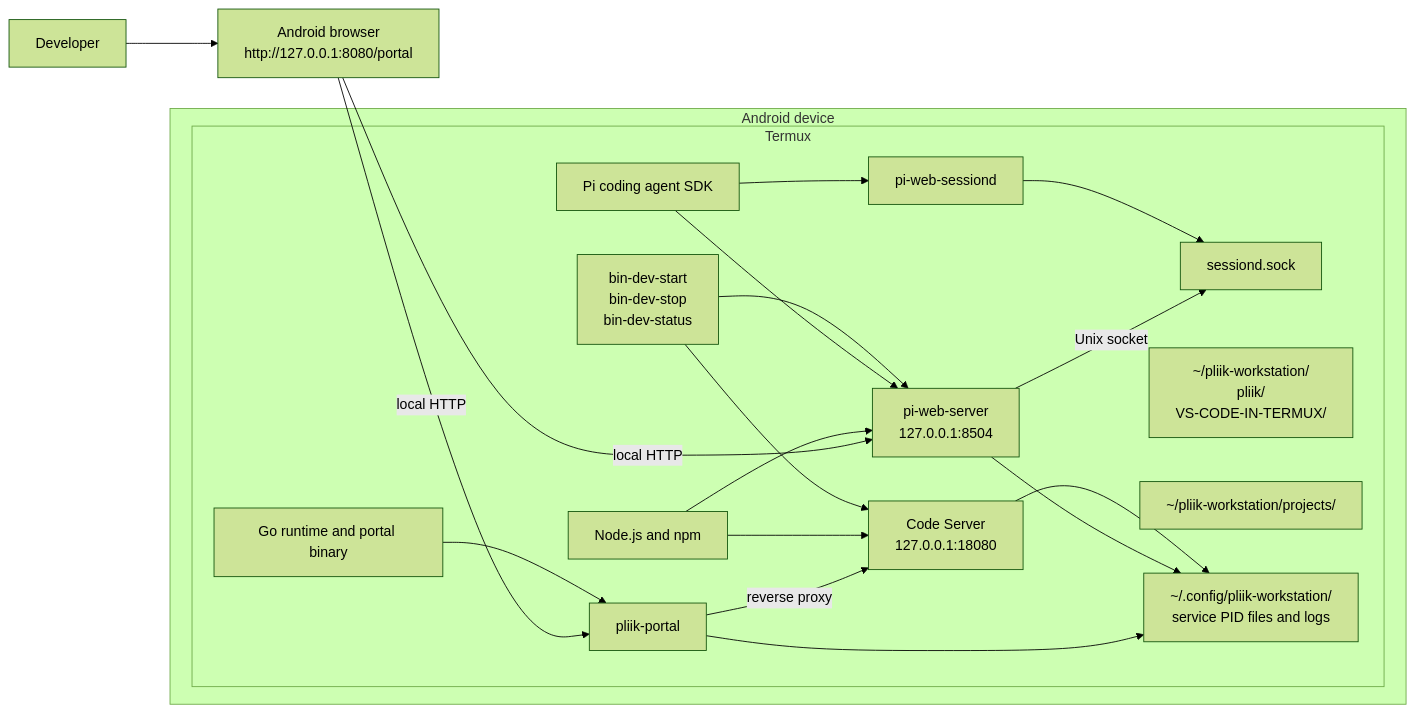
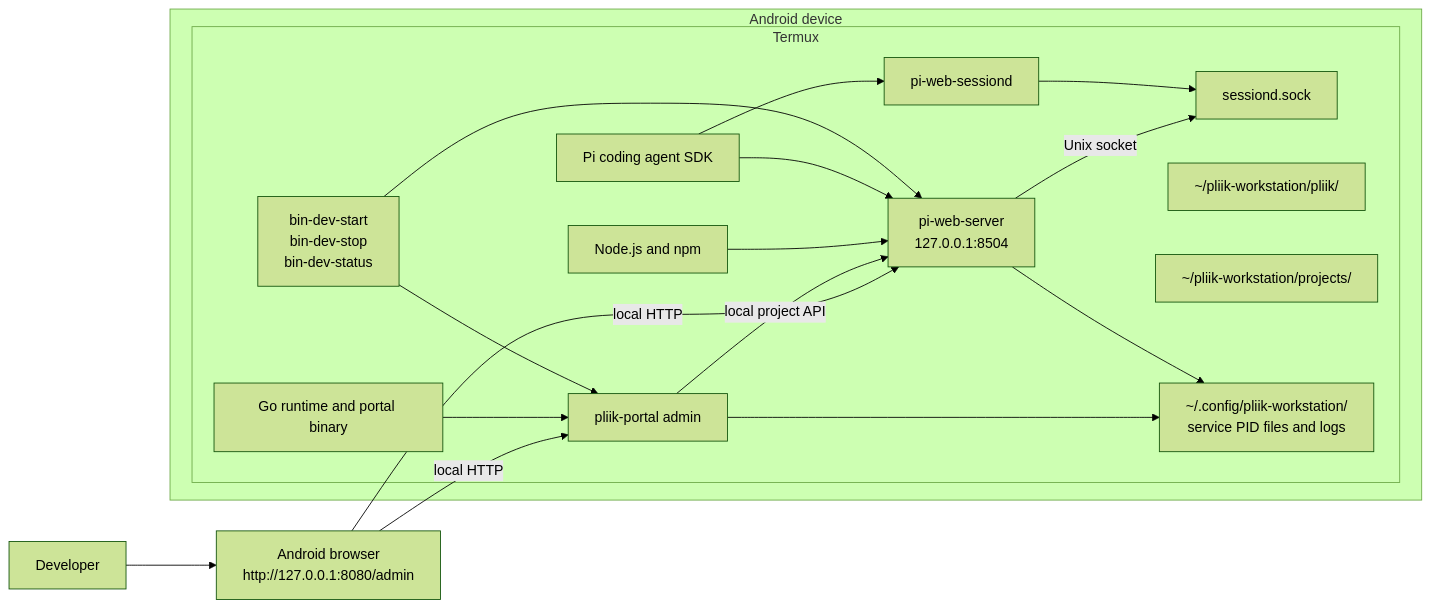
Before and after one commit to mutualendemic/pliik: the first of 2 diagrams in ARCHITECTURE.md, drawn with Mermaid (forest theme). The commit also changed other lines of this file and 6 other files, not shown here.

Commit message:
Remove Code Server and workspace portal

````diff
--- a/ARCHITECTURE.md
+++ b/ARCHITECTURE.md
@@ -7,37 +7,34 @@
 ```mermaid
 flowchart LR
-    User[Developer] --> Browser[Android browser\nhttp://127.0.0.1:8080/portal]
-    Browser -->|local HTTP| Portal[pliik-portal]
-    Portal -->|reverse proxy| CodeServer[Code Server\n127.0.0.1:18080]
+    User[Developer] --> Browser[Android browser\nhttp://127.0.0.1:8080/admin]
+    Browser -->|local HTTP| Portal[pliik-portal admin]
     Browser -->|local HTTP| PiWeb[pi-web-server\n127.0.0.1:8504]
+    Portal -->|local project API| PiWeb
     PiWeb -->|Unix socket| Socket[sessiond.sock]
 
     subgraph Android[Android device]
         subgraph Termux[Termux]
             PiWeb
-            CodeServer
             Portal
             SessionDaemon[pi-web-sessiond]
             Socket
             Runtime[Node.js and npm]
             Go[Go runtime and portal binary]
             SDK[Pi coding agent SDK]
-            Repos["~/pliik-workstation/\npliik/\nVS-CODE-IN-TERMUX/"]
+            Repos["~/pliik-workstation/pliik/"]
             Projects["~/pliik-workstation/projects/"]
             Helpers["bin-dev-start\nbin-dev-stop\nbin-dev-status"]
             Config["~/.config/pliik-workstation/\nservice PID files and logs"]
         end
     end
 
     Runtime --> PiWeb
-    Runtime --> CodeServer
     Go --> Portal
     SessionDaemon --> Socket
     SDK --> PiWeb
     SDK --> SessionDaemon
     Helpers --> PiWeb
-    Helpers --> CodeServer
+    Helpers --> Portal
     Portal --> Config
     PiWeb --> Config
-    CodeServer --> Config
 ```
````
